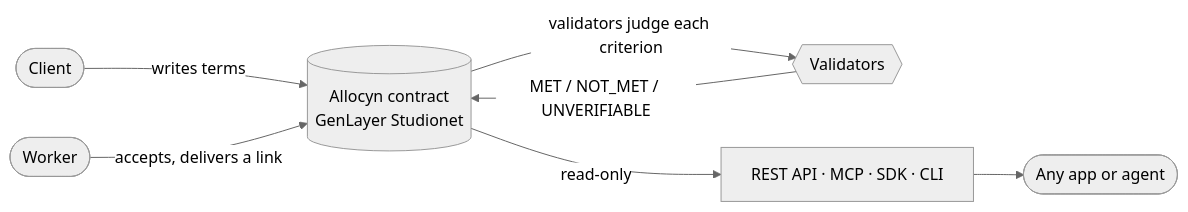
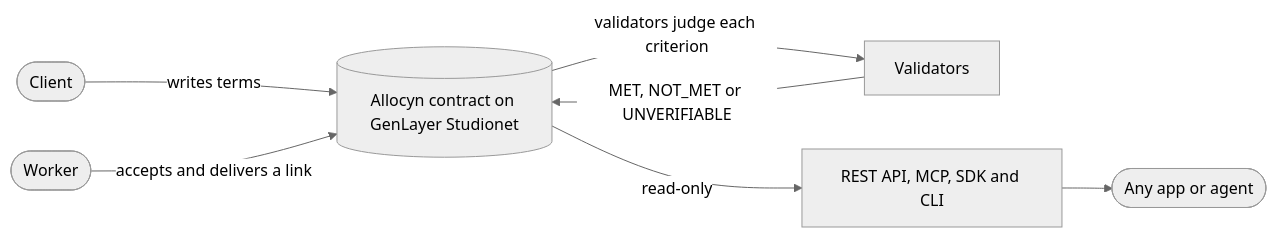
Before and after one commit to Said1235/allocyn-api: the first of 2 diagrams in README.md, drawn with Mermaid (neutral theme). The commit also changed other lines of this file, not shown here.

First line of the commit message:
docs: simpler Mermaid syntax in the README so GitHub renders both diagrams

````diff
--- a/README.md
+++ b/README.md
@@ -35,9 +35,9 @@
 ```mermaid
 flowchart LR
-  C([Client]) -- "writes terms" --> K[(Allocyn contract<br/>GenLayer Studionet)]
-  W([Worker]) -- "accepts, delivers a link" --> K
-  K -- "validators judge each criterion" --> V{{Validators}}
-  V -- "MET / NOT_MET / UNVERIFIABLE" --> K
-  K -- "read-only" --> A[REST API · MCP · SDK · CLI]
-  A --> X([Any app or agent])
+  C(["Client"]) -->|"writes terms"| K[("Allocyn contract on GenLayer Studionet")]
+  W(["Worker"]) -->|"accepts and delivers a link"| K
+  K -->|"validators judge each criterion"| V["Validators"]
+  V -->|"MET, NOT_MET or UNVERIFIABLE"| K
+  K -->|"read-only"| A["REST API, MCP, SDK and CLI"]
+  A --> X(["Any app or agent"])
 ```
````
